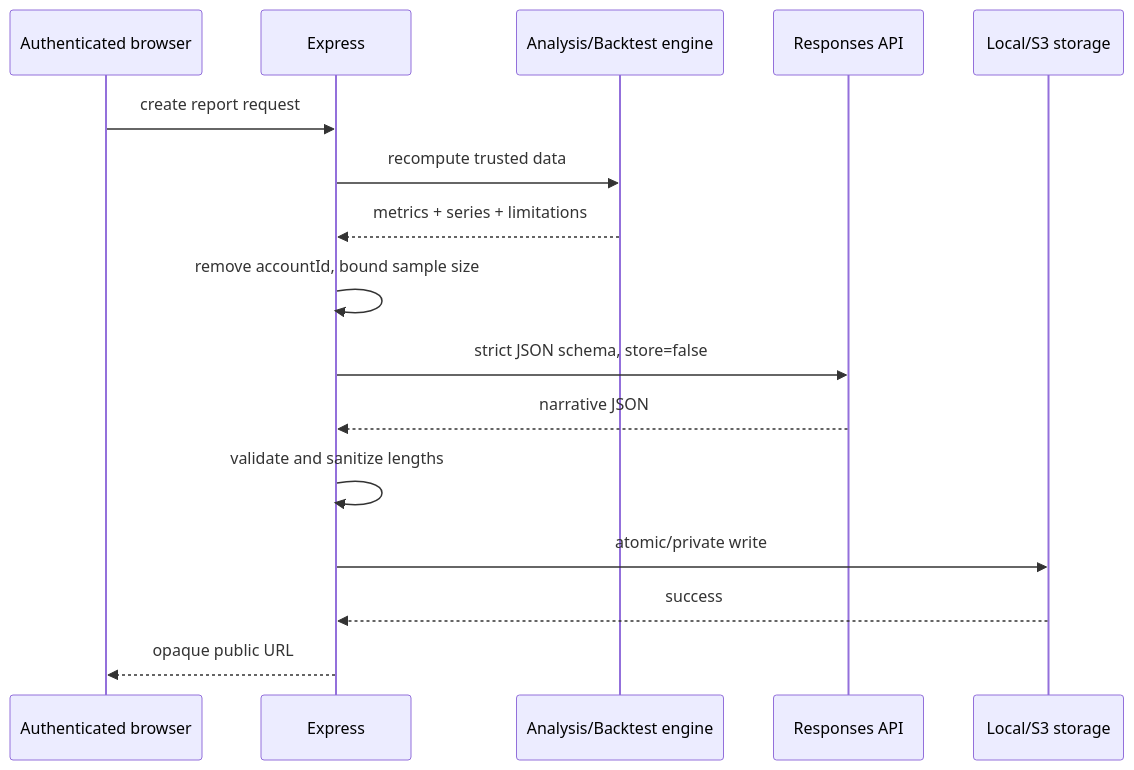
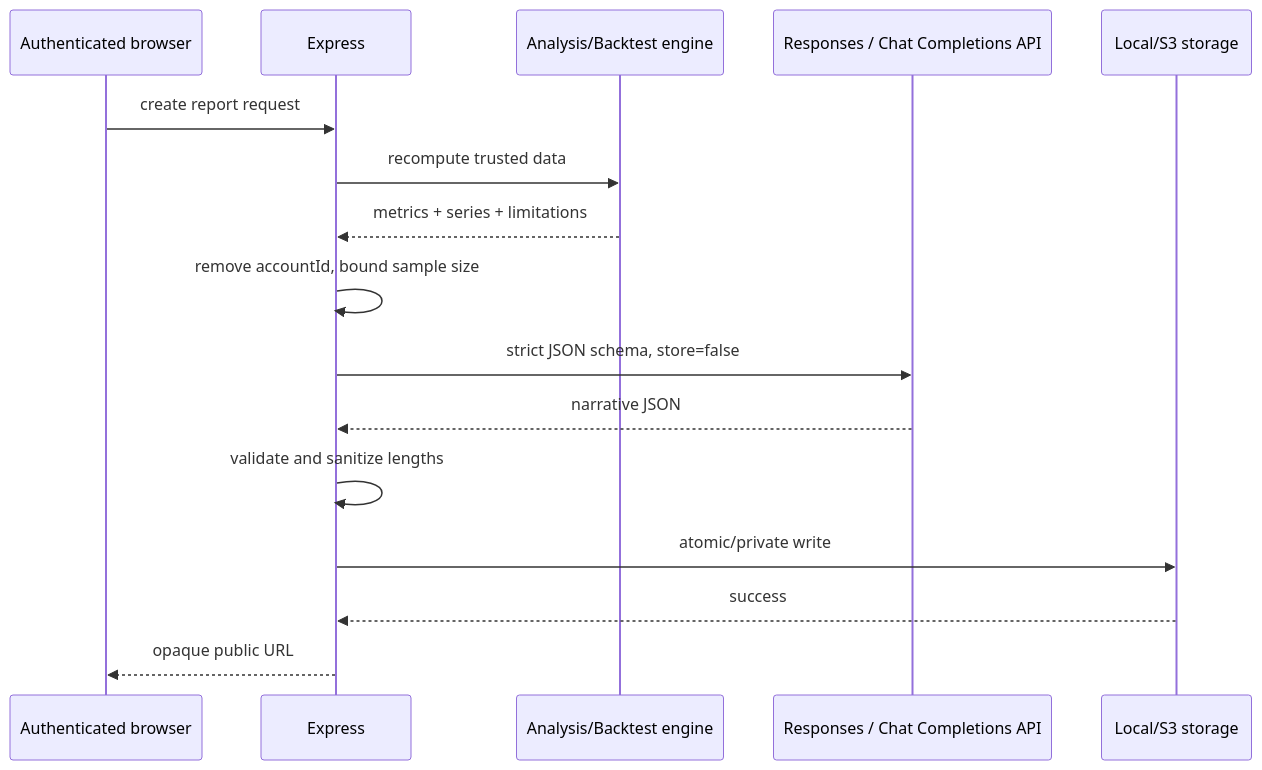
The fourth of 4 diagrams in kiro-workspace/.kiro/specs/toss-portfolio-lens-rebuild/design.md (uaysk/toss-portfolio-lens), drawn with Mermaid before and after one commit. The commit also changed other lines of this file and 25 other files, not shown here.

````diff
--- a/kiro-workspace/.kiro/specs/toss-portfolio-lens-rebuild/design.md
+++ b/kiro-workspace/.kiro/specs/toss-portfolio-lens-rebuild/design.md
@@ -423,18 +444,18 @@
 ```mermaid
 sequenceDiagram
     participant U as Authenticated browser
     participant API as Express
     participant E as Analysis/Backtest engine
-    participant AI as Responses API
+    participant AI as Responses / Chat Completions API
     participant ST as Local/S3 storage
     U->>API: create report request
     API->>E: recompute trusted data
     E-->>API: metrics + series + limitations
     API->>API: remove accountId, bound sample size
     API->>AI: strict JSON schema, store=false
     AI-->>API: narrative JSON
     API->>API: validate and sanitize lengths
     API->>ST: atomic/private write
     ST-->>API: success
     API-->>U: opaque public URL
 ```
````
